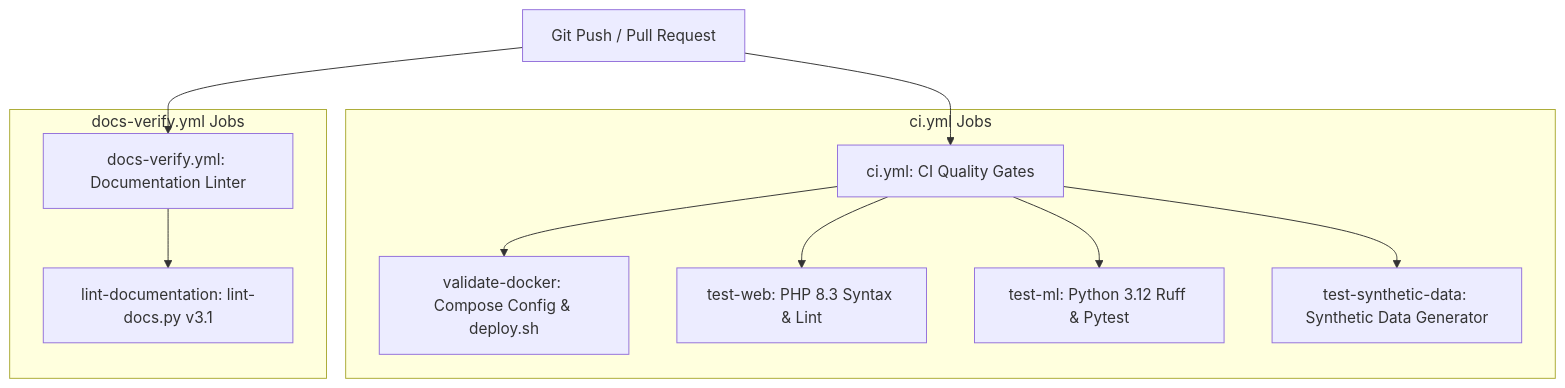
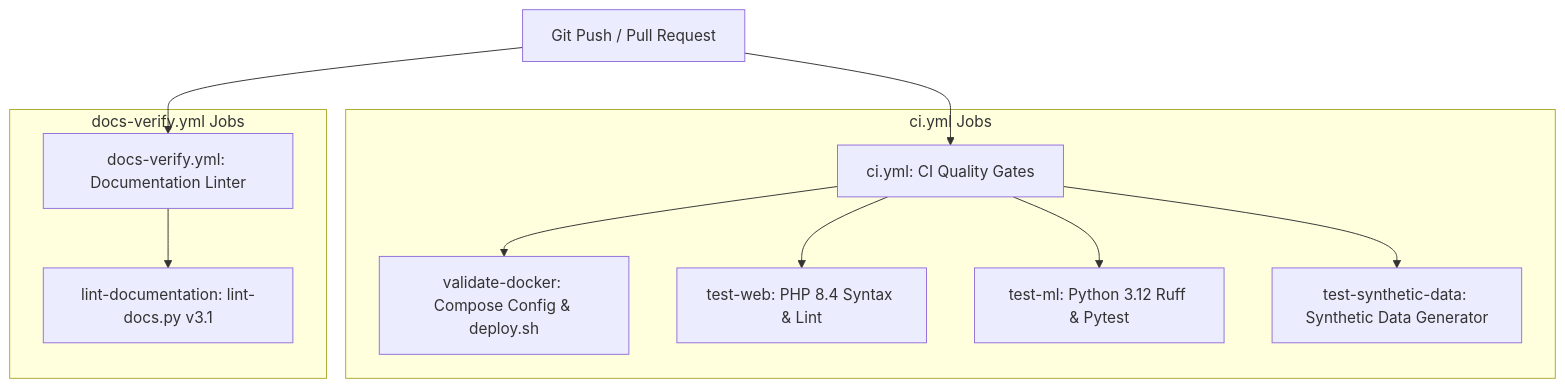
Before and after one commit to Niccher/AI-Agile-Project-Management-Suite: the diagram in docs/engineering/ci.md, drawn with Mermaid. The commit also changed other lines of this file and 16 other files, not shown here.

First line of the commit message:
feat(web): migrate webapp to php:8.4.27-apache and patch CVE-2026-109618/19

````diff
--- a/docs/engineering/ci.md
+++ b/docs/engineering/ci.md
@@ -11,16 +11,16 @@
 ```mermaid
 flowchart TD
     PR[Git Push / Pull Request] --> CI[ci.yml: CI Quality Gates]
     PR --> DOCS[docs-verify.yml: Documentation Linter]
     
     subgraph "ci.yml Jobs"
         CI --> J1[validate-docker: Compose Config & deploy.sh]
-        CI --> J2[test-web: PHP 8.3 Syntax & Lint]
+        CI --> J2[test-web: PHP 8.4 Syntax & Lint]
         CI --> J3[test-ml: Python 3.12 Ruff & Pytest]
         CI --> J4[test-synthetic-data: Synthetic Data Generator]
     end
 
     subgraph "docs-verify.yml Jobs"
         DOCS --> D1[lint-documentation: lint-docs.py v3.1]
     end
 ```
````
